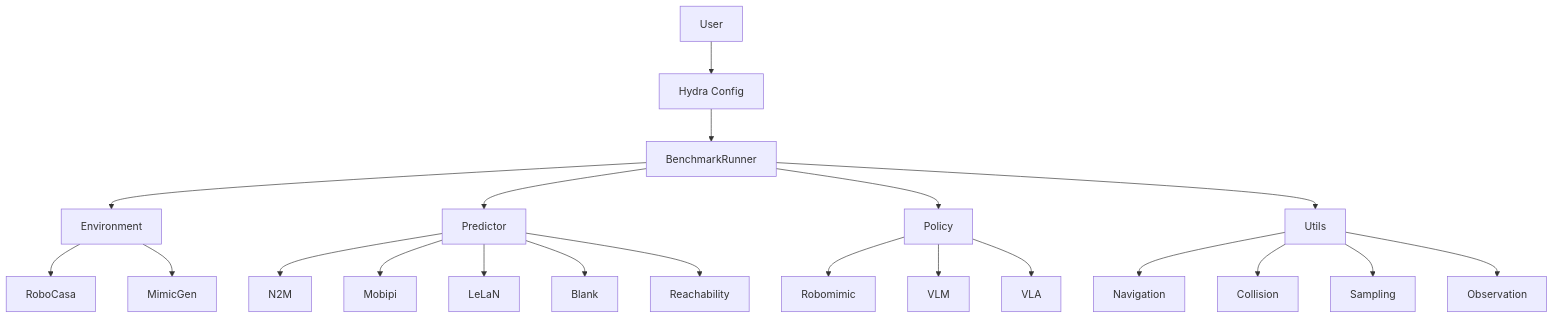
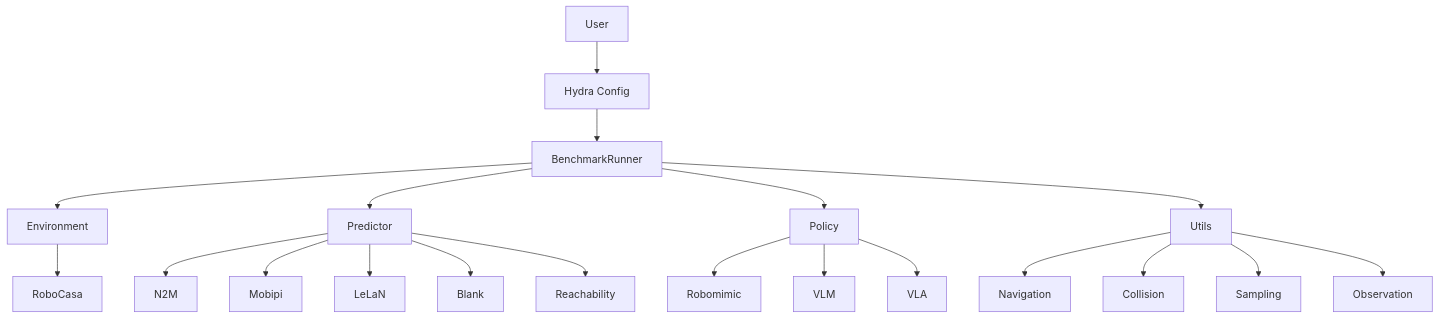
Before and after one commit to clvrai/N2M: the first of 2 diagrams in README.md, drawn with Mermaid. The commit also changed other lines of this file and 12 other files, not shown here.

````diff
--- a/README.md
+++ b/README.md
@@ -284,27 +324,26 @@
 ```mermaid
 graph TB
     A[User] --> B[Hydra Config]
     B --> C[BenchmarkRunner]
     C --> D[Environment]
     C --> E[Predictor]
     C --> F[Policy]
     
     E --> E1[N2M]
     E --> E2[Mobipi]
     E --> E3[LeLaN]
     E --> E4[Blank]
     E --> E5[Reachability]
     
     F --> F1[Robomimic]
     F --> F2[VLM]
     F --> F3[VLA]
     
     D --> D1[RoboCasa]
-    D --> D2[MimicGen]
     
     C --> G[Utils]
     G --> G1[Navigation]
     G --> G2[Collision]
     G --> G3[Sampling]
     G --> G4[Observation]
 ```
````
